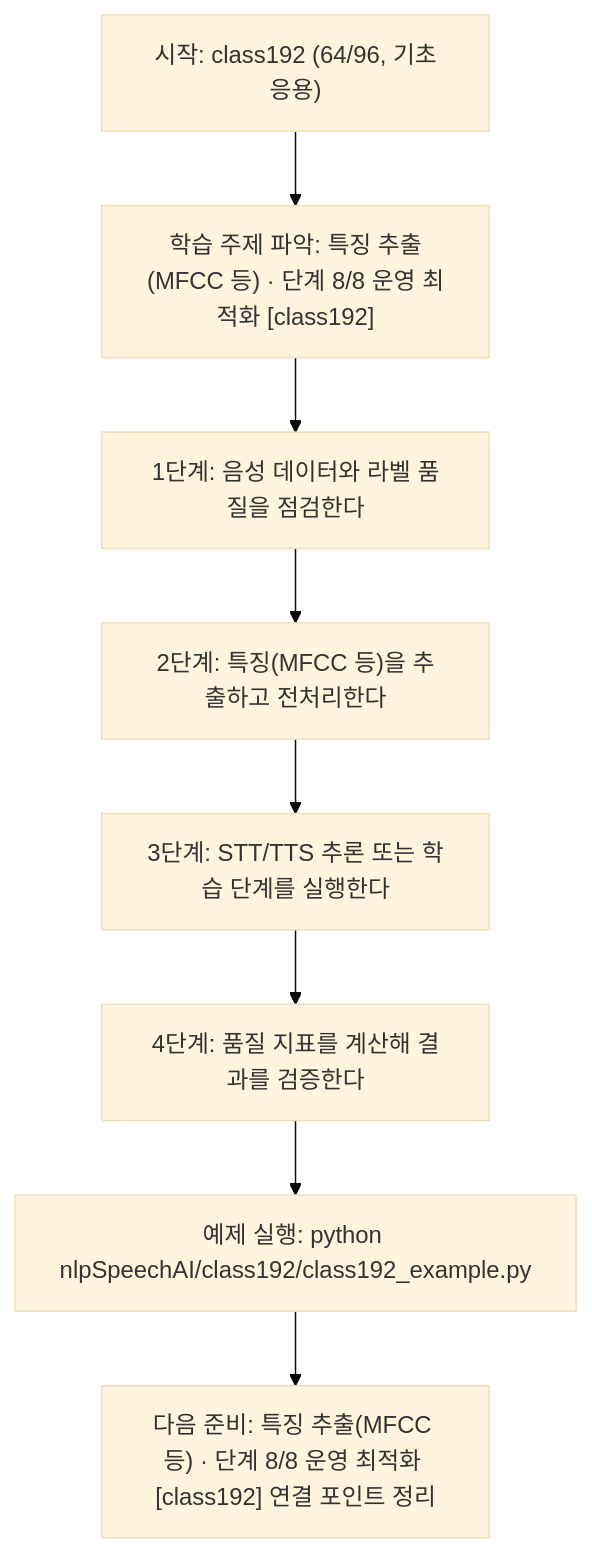
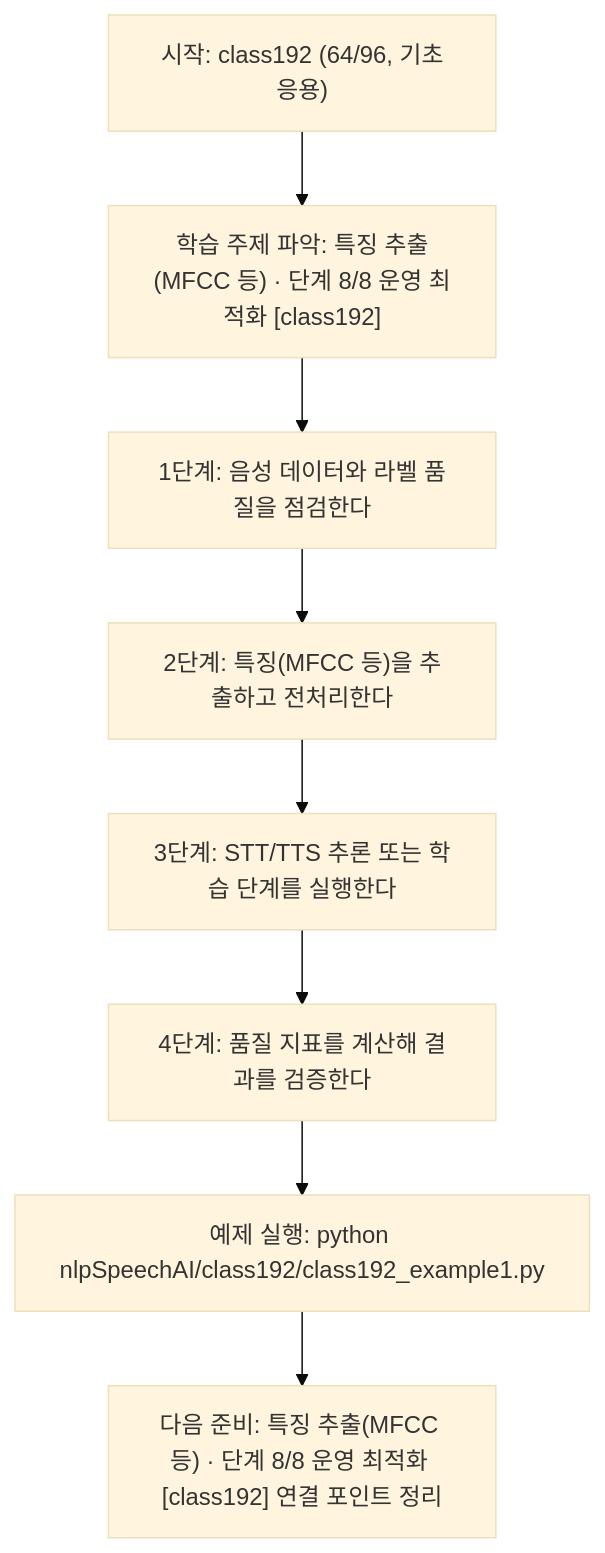
The diagram in nlpSpeechAI/class192/class192.md (edumgt/Python-AI_Agent-Class), drawn with Mermaid (base theme) before and after one commit. The commit also changed other lines of this file and 2959 other files, not shown here.

````diff
--- a/nlpSpeechAI/class192/class192.md
+++ b/nlpSpeechAI/class192/class192.md
@@ -114,18 +114,18 @@
 ```mermaid
 flowchart TD
 N1["시작: class192 (64/96, 기초응용)"]
 N2["학습 주제 파악: 특징 추출(MFCC 등) · 단계 8/8 운영 최적화 [class192]"]
 N3["1단계: 음성 데이터와 라벨 품질을 점검한다"]
 N4["2단계: 특징(MFCC 등)을 추출하고 전처리한다"]
 N5["3단계: STT/TTS 추론 또는 학습 단계를 실행한다"]
 N6["4단계: 품질 지표를 계산해 결과를 검증한다"]
-N7["예제 실행: python nlpSpeechAI/class192/class192_example.py"]
+N7["예제 실행: python nlpSpeechAI/class192/class192_example1.py"]
 N8["다음 준비: 특징 추출(MFCC 등) · 단계 8/8 운영 최적화 [class192] 연결 포인트 정리"]
 N1 --> N2
 N2 --> N3
 N3 --> N4
 N4 --> N5
 N5 --> N6
 N6 --> N7
 N7 --> N8
 ```
````
